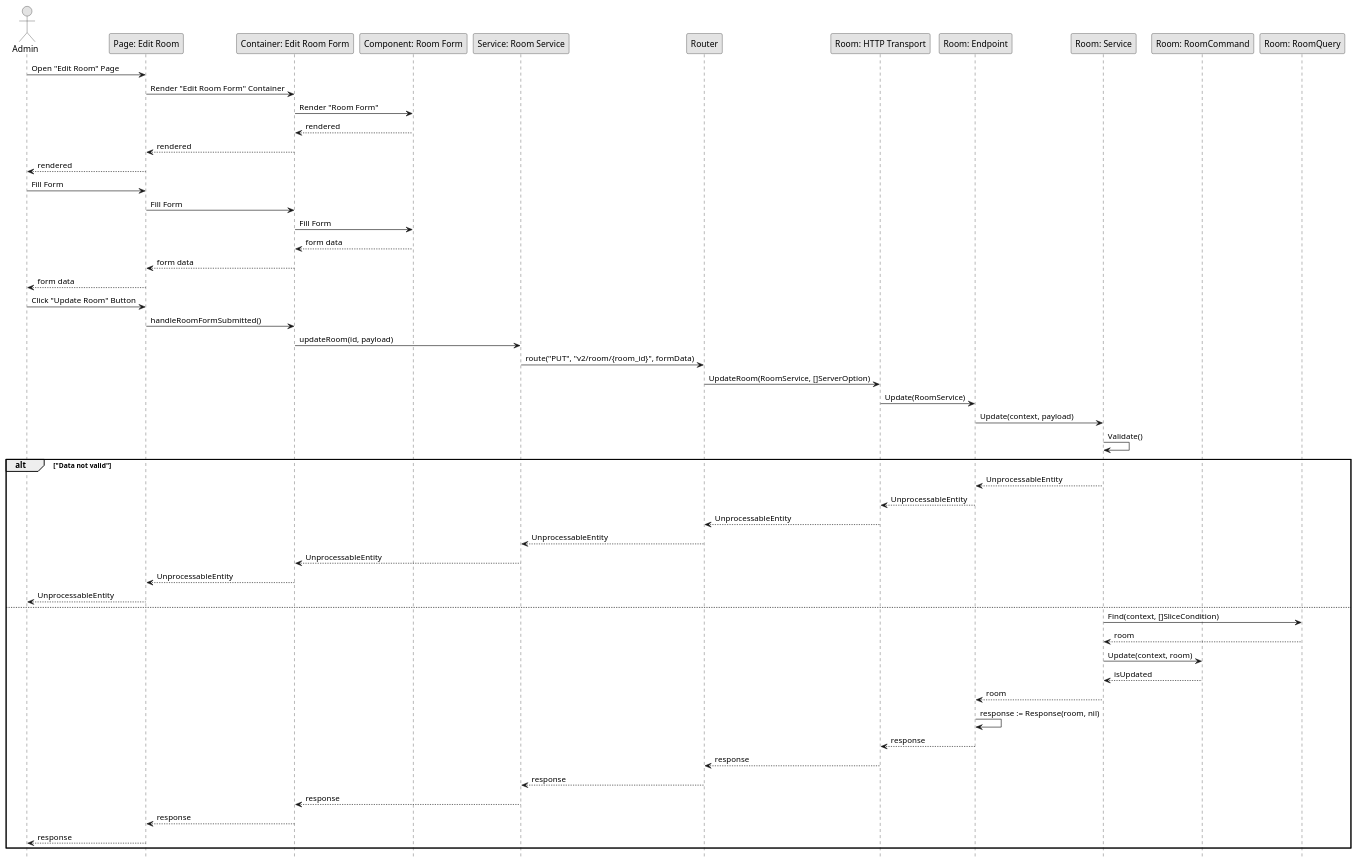
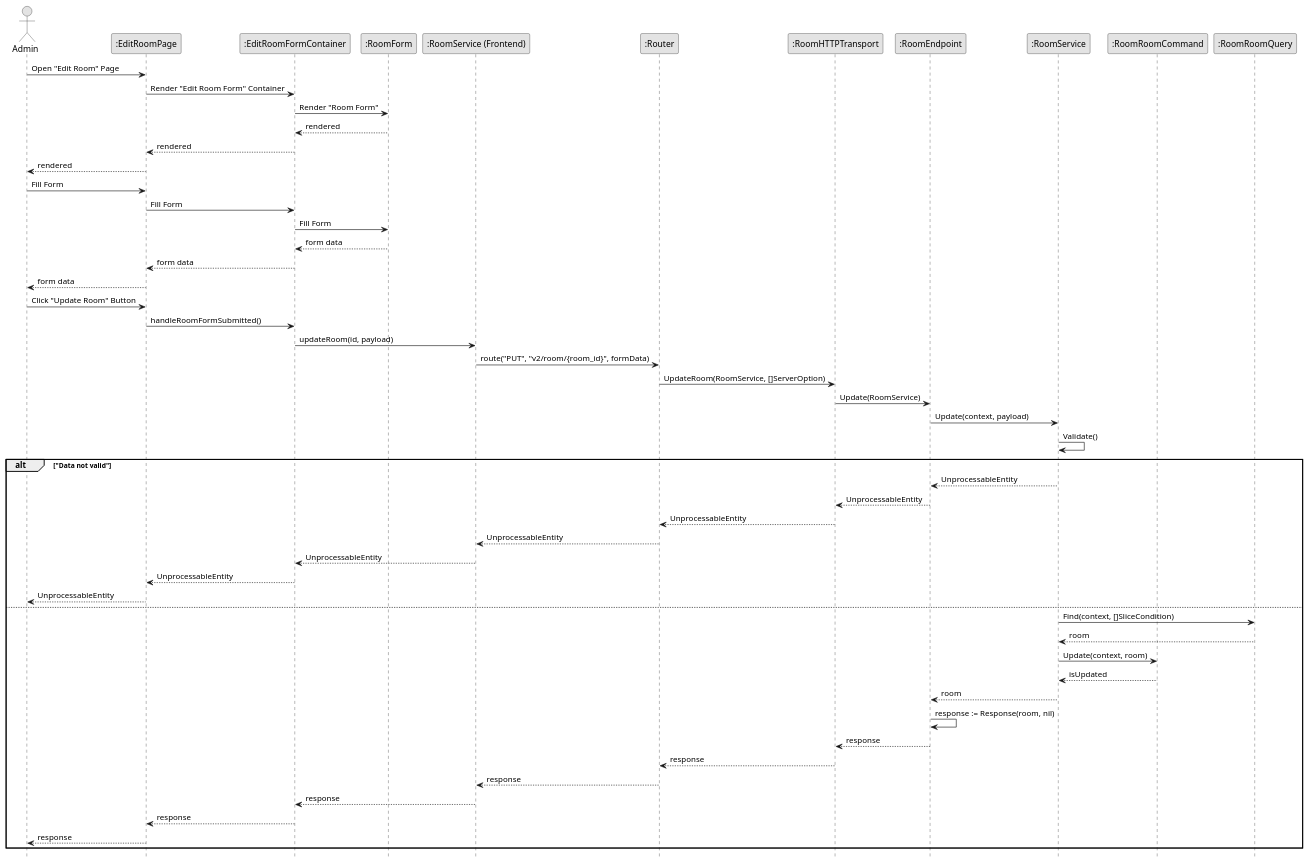
Before and after one commit to fwidjaya20/fazzlearning-uml: the diagram in Sequence/Release02/UpdateRoom.wsd, drawn with PlantUML. The commit also changed 108 other files, not shown here.

Commit message:
fix(diagram): change participant format name (#30)

```diff
--- a/Sequence/Release02/UpdateRoom.wsd
+++ b/Sequence/Release02/UpdateRoom.wsd
@@ -1,65 +1,65 @@
 @startuml UpdateRoom
 
 skinparam Monochrome true
 skinparam Shadowing false
 hide footbox
 
 actor Admin
-participant "Page: Edit Room" as EditRoomPage
-participant "Container: Edit Room Form" as EditRoomFormContainer
-participant "Component: Room Form" as RoomForm
-participant "Service: Room Service" as FERoomService
-participant "Router" as Router
-participant "Room: HTTP Transport" as RoomHTTPTransport
-participant "Room: Endpoint" as RoomEndpoint
-participant "Room: Service" as RoomService
-participant "Room: RoomCommand" as RoomCommand
-participant "Room: RoomQuery" as RoomQuery
+participant ":EditRoomPage" as EditRoomPage
+participant ":EditRoomFormContainer" as EditRoomFormContainer
+participant ":RoomForm" as RoomForm
+participant ":RoomService (Frontend)" as FERoomService
+participant ":Router" as Router
+participant ":RoomHTTPTransport" as RoomHTTPTransport
+participant ":RoomEndpoint" as RoomEndpoint
+participant ":RoomService" as RoomService
+participant ":RoomRoomCommand" as RoomCommand
+participant ":RoomRoomQuery" as RoomQuery
 
 Admin->EditRoomPage: Open "Edit Room" Page
 EditRoomPage->EditRoomFormContainer: Render "Edit Room Form" Container
 EditRoomFormContainer->RoomForm: Render "Room Form"
 RoomForm-->EditRoomFormContainer: rendered
 EditRoomFormContainer-->EditRoomPage: rendered
 EditRoomPage-->Admin: rendered
 
 Admin->EditRoomPage: Fill Form
 EditRoomPage->EditRoomFormContainer: Fill Form
 EditRoomFormContainer->RoomForm: Fill Form
 RoomForm-->EditRoomFormContainer: form data
 EditRoomFormContainer-->EditRoomPage: form data
 EditRoomPage-->Admin: form data
 
 Admin->EditRoomPage: Click "Update Room" Button
 EditRoomPage->EditRoomFormContainer: handleRoomFormSubmitted()
 EditRoomFormContainer->FERoomService: updateRoom(id, payload)
 FERoomService->Router: route("PUT", "v2/room/{room_id}", formData)
 Router->RoomHTTPTransport: UpdateRoom(RoomService, []ServerOption)
 RoomHTTPTransport->RoomEndpoint: Update(RoomService)
 RoomEndpoint->RoomService: Update(context, payload)
 RoomService->RoomService: Validate()
 
 alt "Data not valid"
     RoomService-->RoomEndpoint: UnprocessableEntity
     RoomEndpoint-->RoomHTTPTransport: UnprocessableEntity
     RoomHTTPTransport-->Router: UnprocessableEntity
     Router-->FERoomService: UnprocessableEntity
     FERoomService-->EditRoomFormContainer: UnprocessableEntity
     EditRoomFormContainer-->EditRoomPage: UnprocessableEntity
     EditRoomPage-->Admin: UnprocessableEntity
 else
     RoomService->RoomQuery: Find(context, []SliceCondition)
     RoomQuery-->RoomService: room
     RoomService->RoomCommand: Update(context, room)
     RoomCommand-->RoomService: isUpdated
     RoomService-->RoomEndpoint: room
     RoomEndpoint->RoomEndpoint: response := Response(room, nil)
     RoomEndpoint-->RoomHTTPTransport: response
     RoomHTTPTransport-->Router: response
     Router-->FERoomService: response
     FERoomService-->EditRoomFormContainer: response
     EditRoomFormContainer-->EditRoomPage: response
     EditRoomPage-->Admin: response
 end
 
 @enduml
```
